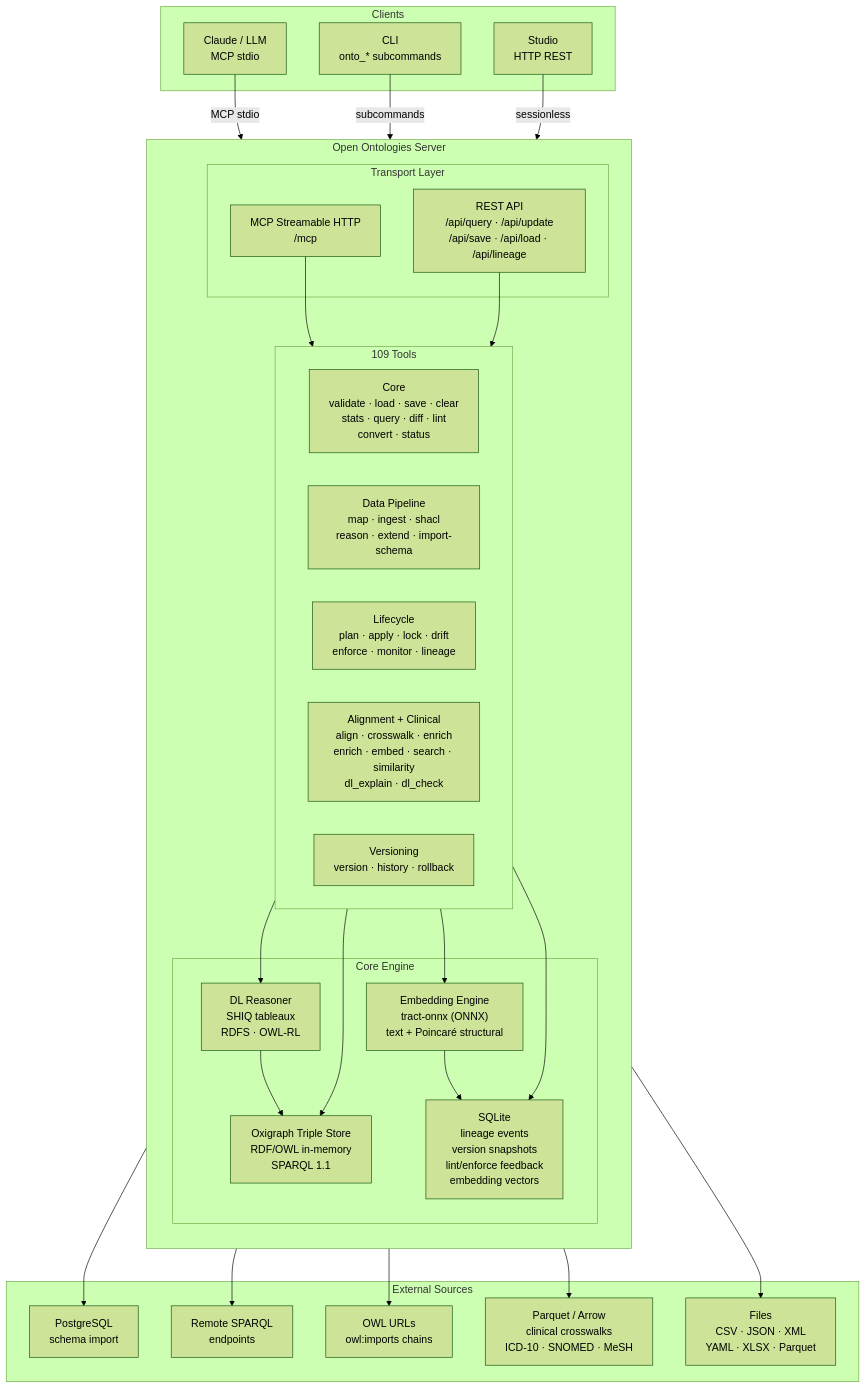
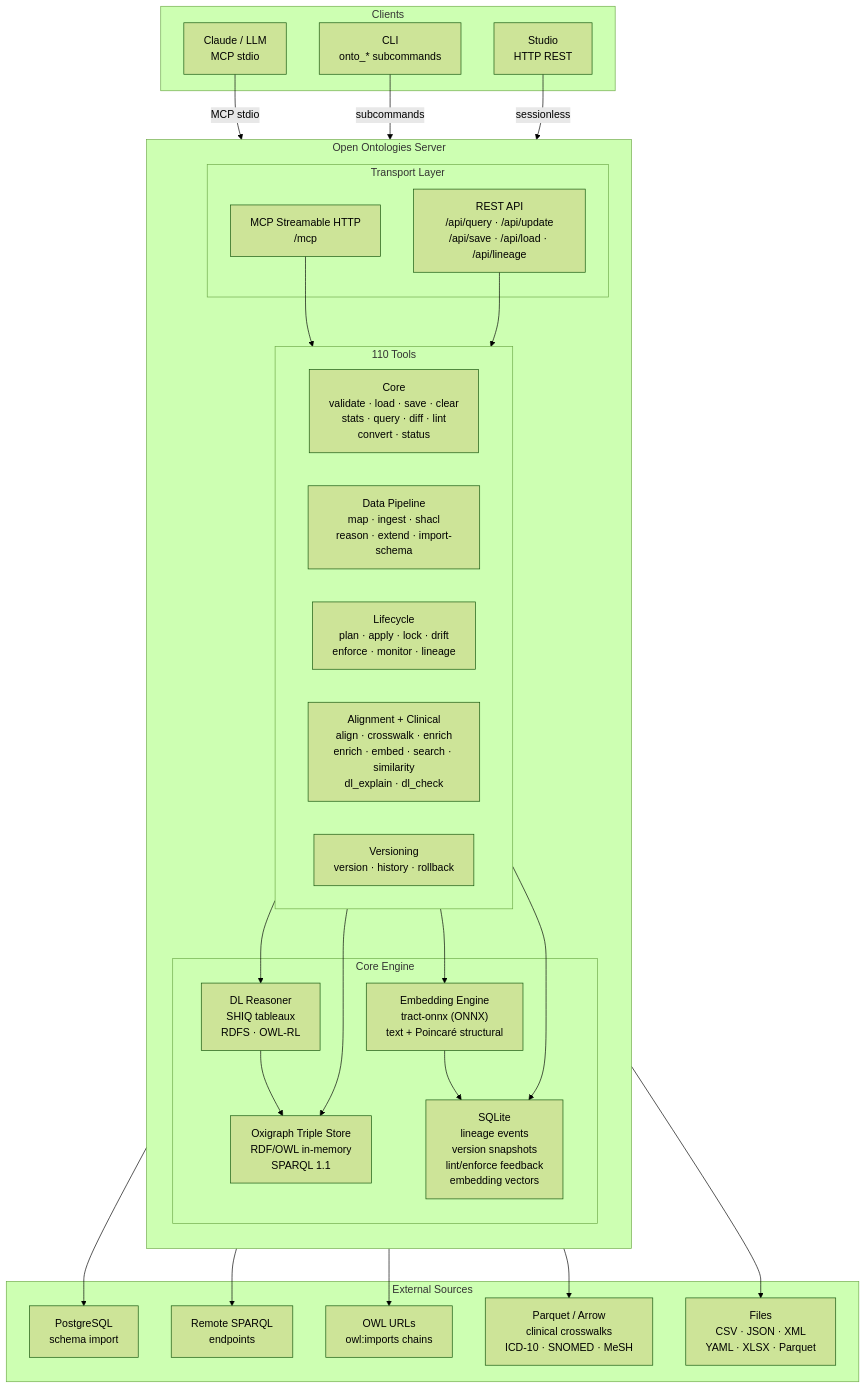
The fourth of 5 diagrams in README.md (Elendil-Q/open-ontologies), drawn with Mermaid (forest theme) before and after one commit. The commit also changed other lines of this file and 23 other files, not shown here.

````diff
--- a/README.md
+++ b/README.md
@@ -934,62 +934,62 @@
 ```mermaid
 flowchart TD
     subgraph Clients["Clients"]
         Claude["Claude / LLM\nMCP stdio"]
         CLI["CLI\nonto_* subcommands"]
         Studio["Studio\nHTTP REST"]
     end
 
     subgraph Server["Open Ontologies Server"]
         direction TB
 
         subgraph Transport["Transport Layer"]
             MCP_HTTP["MCP Streamable HTTP\n/mcp"]
             REST["REST API\n/api/query · /api/update\n/api/save · /api/load · /api/lineage"]
         end
 
-        subgraph ToolGroups["109 Tools"]
+        subgraph ToolGroups["110 Tools"]
             direction LR
             Core["Core\nvalidate · load · save · clear\nstats · query · diff · lint\nconvert · status"]
             DataPipe["Data Pipeline\nmap · ingest · shacl\nreason · extend · import-schema"]
             Lifecycle["Lifecycle\nplan · apply · lock · drift\nenforce · monitor · lineage"]
             Advanced["Alignment + Clinical\nalign · crosswalk · enrich\nenrich · embed · search · similarity\ndl_explain · dl_check"]
             Version["Versioning\nversion · history · rollback"]
         end
 
         subgraph Core2["Core Engine"]
             GraphStore["Oxigraph Triple Store\nRDF/OWL in-memory\nSPARQL 1.1"]
             SQLite["SQLite\nlineage events\nversion snapshots\nlint/enforce feedback\nembedding vectors"]
             Reasoner["DL Reasoner\nSHIQ tableaux\nRDFS · OWL-RL"]
             Embedder["Embedding Engine\ntract-onnx (ONNX)\ntext + Poincaré structural"]
         end
     end
 
     subgraph External["External Sources"]
         PG["PostgreSQL\nschema import"]
         SPARQL["Remote SPARQL\nendpoints"]
         OWL["OWL URLs\nowl:imports chains"]
         Parquet["Parquet / Arrow\nclinical crosswalks\nICD-10 · SNOMED · MeSH"]
         Files["Files\nCSV · JSON · XML\nYAML · XLSX · Parquet"]
     end
 
     Claude -->|"MCP stdio"| MCP_HTTP
     CLI -->|"subcommands"| MCP_HTTP
     Studio -->|"sessionless"| REST
 
     MCP_HTTP --> ToolGroups
     REST --> ToolGroups
 
     ToolGroups --> GraphStore
     ToolGroups --> SQLite
     ToolGroups --> Reasoner
     ToolGroups --> Embedder
 
     Reasoner --> GraphStore
     Embedder --> SQLite
 
     DataPipe --> Files
     Advanced --> Parquet
     Core --> OWL
     Core --> SPARQL
     DataPipe --> PG
 ```
````
